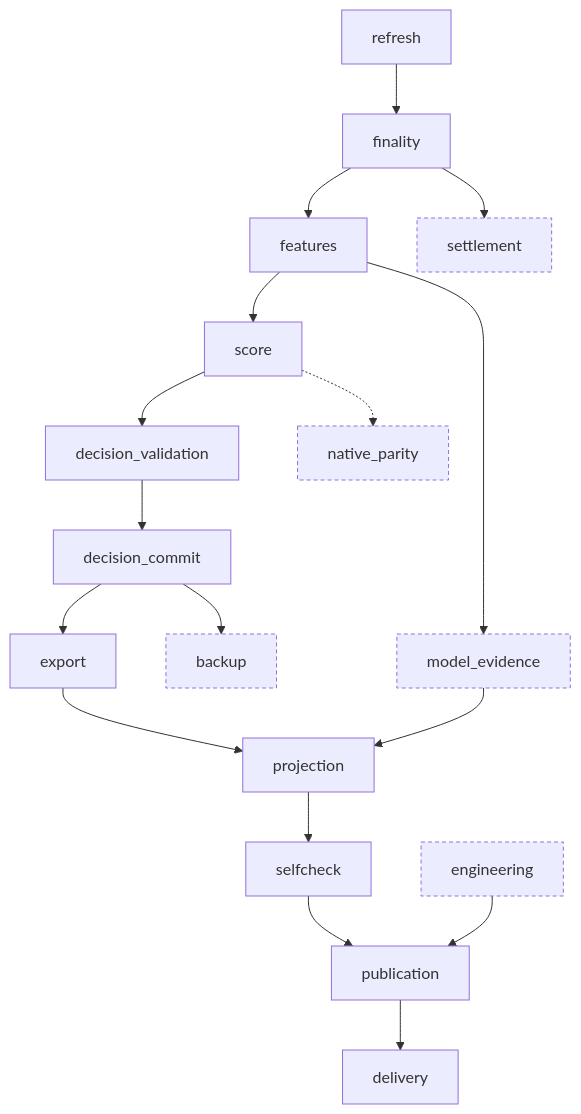
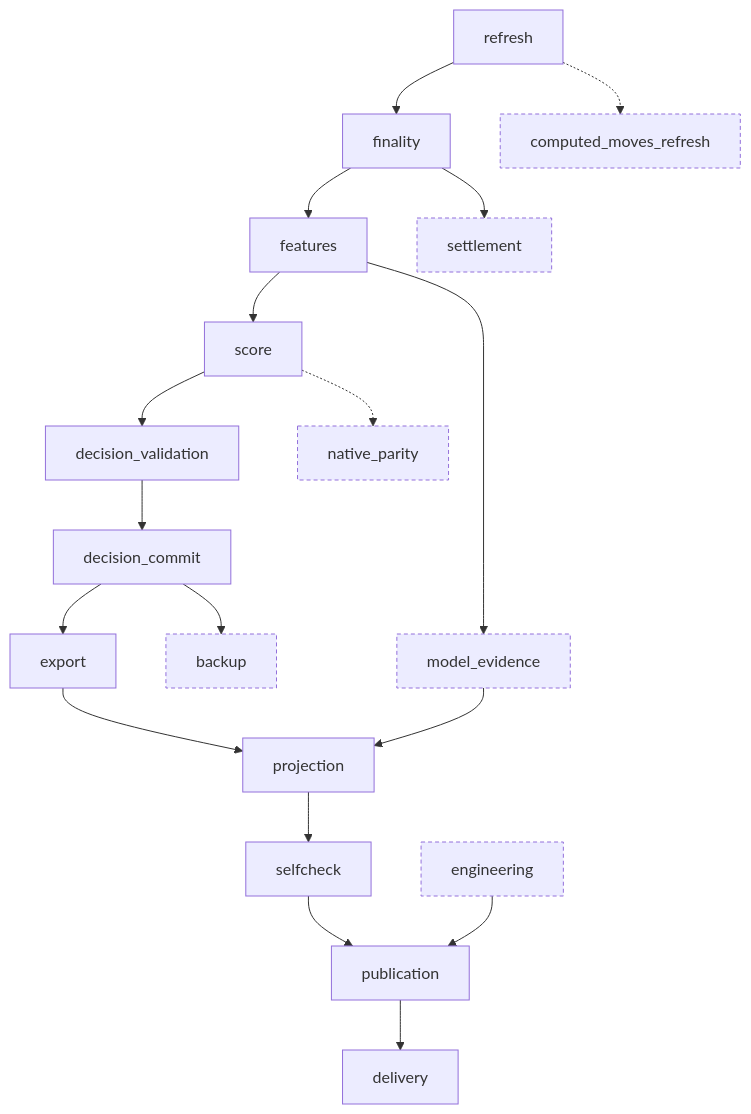
Before and after one commit to yshewchuk/investment-validation: the first of 4 diagrams in engine/v2/ops/ARCHITECTURE.md, drawn with Mermaid. The commit also changed other lines of this file, not shown here.

First line of the commit message:
docs(ops): design S4C Part 4 -- wire computed_moves_refresh into nightly.py

````diff
--- a/engine/v2/ops/ARCHITECTURE.md
+++ b/engine/v2/ops/ARCHITECTURE.md
@@ -732,22 +782,23 @@
 ```mermaid
 flowchart TD
     refresh --> finality
+    refresh -.-> computed_moves_refresh
     finality --> features
     finality --> settlement
     features --> score
     features --> model_evidence
     score --> decision_validation
     score -.-> native_parity
     decision_validation --> decision_commit
     decision_commit --> export
     decision_commit --> backup
     export --> projection
     model_evidence --> projection
     projection --> selfcheck
     selfcheck --> publication
     engineering --> publication
     publication --> delivery
 
     classDef optional stroke-dasharray: 4 3
-    class settlement,model_evidence,engineering,backup,native_parity optional
+    class settlement,model_evidence,engineering,backup,native_parity,computed_moves_refresh optional
 ```
````
